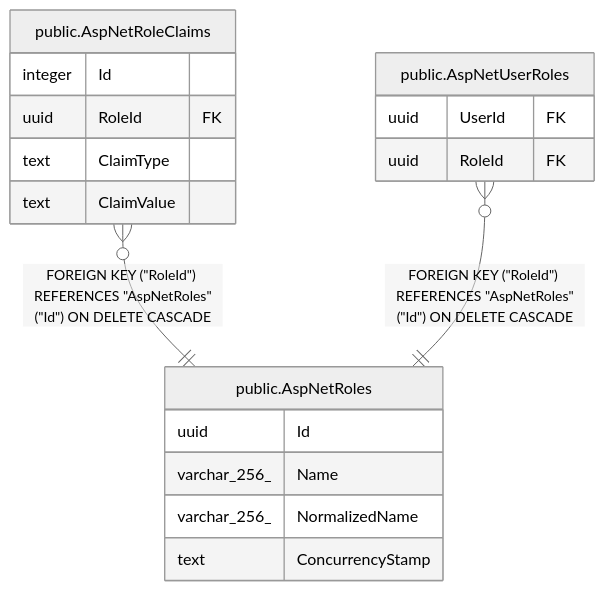
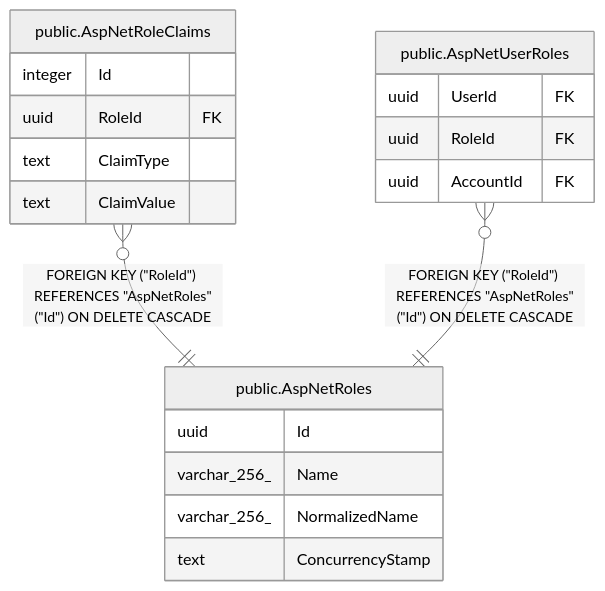
Before and after one commit to mforce/cluckwork: the diagram in docs/schema/public.AspNetRoles.md, drawn with Mermaid (neutral theme). The commit also changed 23 other files, not shown here.

````diff
--- a/docs/schema/public.AspNetRoles.md
+++ b/docs/schema/public.AspNetRoles.md
@@ -34,23 +34,24 @@
 ```mermaid
 erDiagram
 
 "public.AspNetRoleClaims" }o--|| "public.AspNetRoles" : "FOREIGN KEY (#quot;RoleId#quot;) REFERENCES #quot;AspNetRoles#quot;(#quot;Id#quot;) ON DELETE CASCADE"
 "public.AspNetUserRoles" }o--|| "public.AspNetRoles" : "FOREIGN KEY (#quot;RoleId#quot;) REFERENCES #quot;AspNetRoles#quot;(#quot;Id#quot;) ON DELETE CASCADE"
 
 "public.AspNetRoles" {
   uuid Id
   varchar_256_ Name
   varchar_256_ NormalizedName
   text ConcurrencyStamp
 }
 "public.AspNetRoleClaims" {
   integer Id
   uuid RoleId FK
   text ClaimType
   text ClaimValue
 }
 "public.AspNetUserRoles" {
   uuid UserId FK
   uuid RoleId FK
+  uuid AccountId FK
 }
 ```
````
